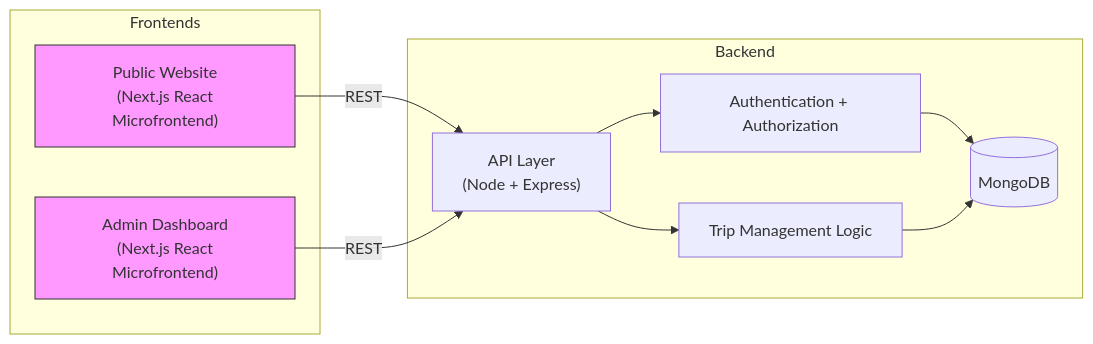
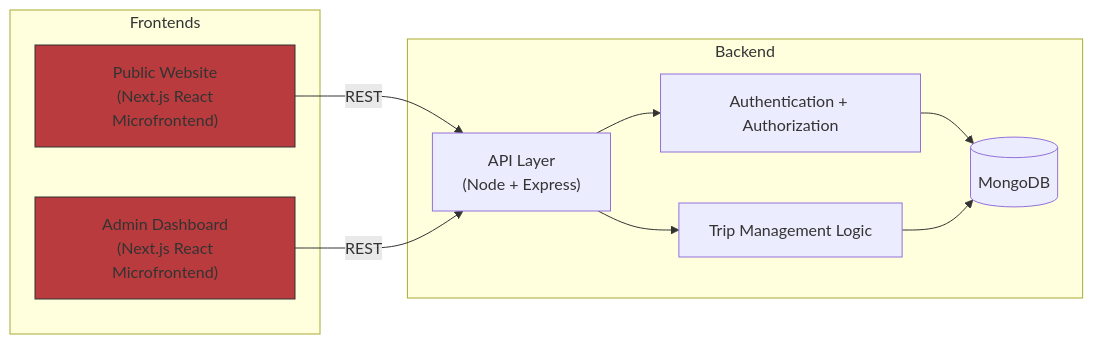
One commit to m-t7/Portfolio changed the diagram in CS465/travlr/updated_architecture.md. Above: the diagram before and after it, drawn with Mermaid.

````diff
--- a/CS465/travlr/updated_architecture.md
+++ b/CS465/travlr/updated_architecture.md
@@ -8,26 +8,26 @@
 ```mermaid
 flowchart LR
     subgraph Frontends
         P["Public Website<br/> (Next.js React Microfrontend)"]
         A["Admin Dashboard<br/> (Next.js React Microfrontend)"]
     end
 
     subgraph Backend
         API["API Layer<br/> (Node + Express)"]
         Auth[Authentication + Authorization]
         Trips[Trip Management Logic]
         DB[(MongoDB)]
     end
 
     P -->|REST| API
     A -->|REST| API
     API --> Auth
     API --> Trips
     Auth --> DB
     Trips --> DB
 
         %% Deployments are independent per microfrontend (CDN/hosting omitted)
 
-    classDef microfront fill:#f9f,stroke:#333,stroke-width:1px;
+    classDef microfront fill:#ba3b3d,stroke:#333,stroke-width:1px;
     class P,A microfront;
 ```
````
